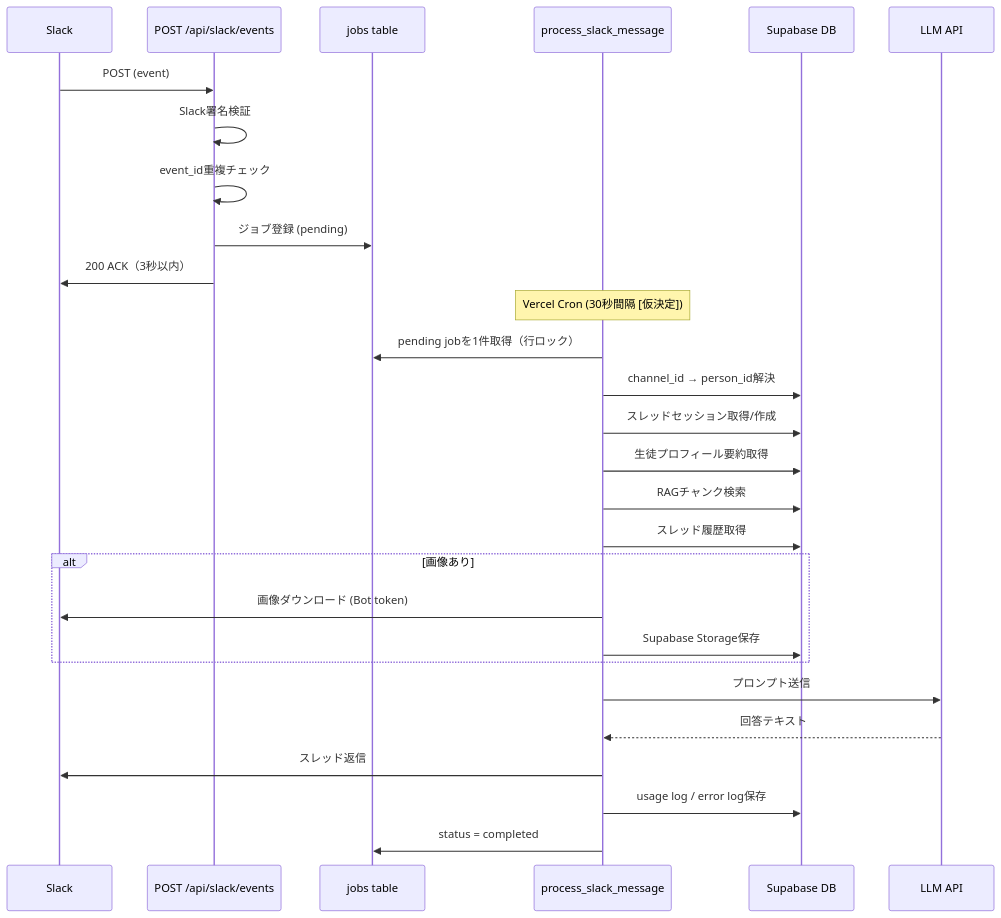
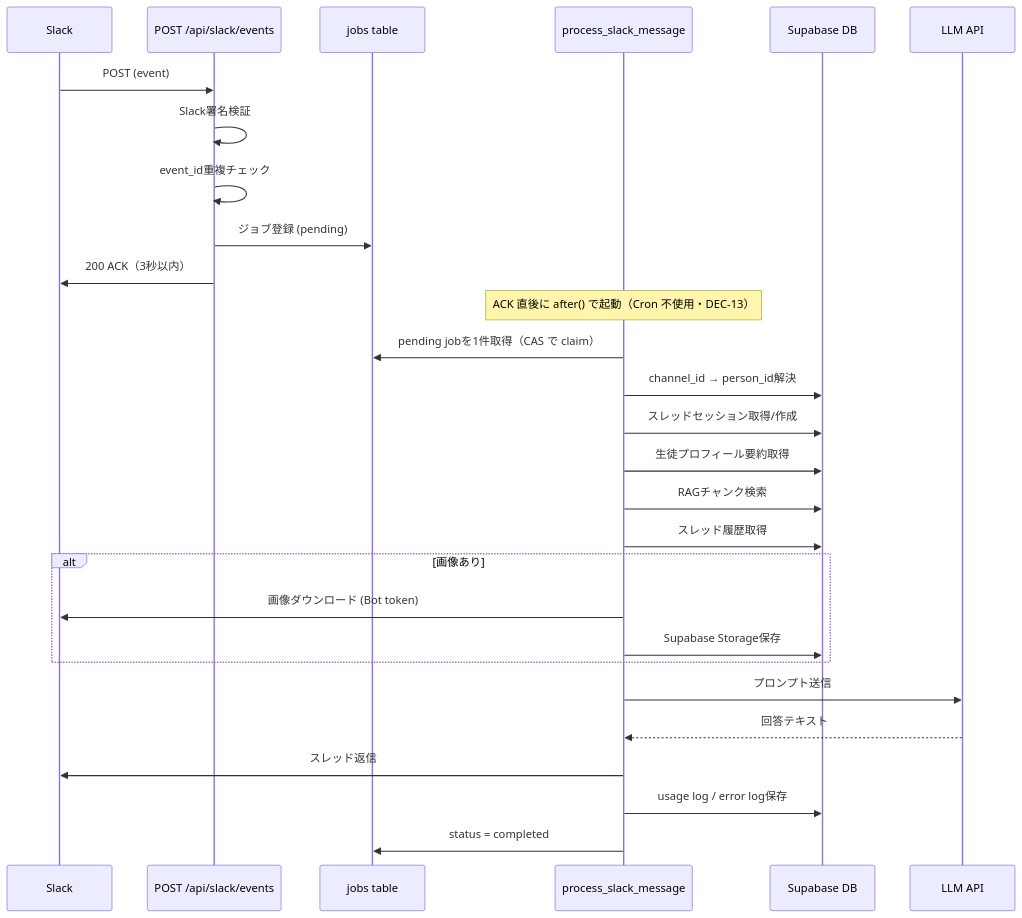
One commit to YU-Kawasaki-05/juku-ai-slack changed the second of 2 diagrams in docs/03_技術設計/01_アーキテクチャ.md. Above: the diagram before and after it, drawn with Mermaid. The commit also changed other lines of this file and 83 other files, not shown here.

````diff
--- a/docs/03_技術設計/01_アーキテクチャ.md
+++ b/docs/03_技術設計/01_アーキテクチャ.md
@@ -110,32 +110,32 @@
 ```mermaid
 sequenceDiagram
     participant Slack
     participant Webhook as POST /api/slack/events
     participant Jobs as jobs table
     participant Worker as process_slack_message
     participant DB as Supabase DB
     participant LLM as LLM API
 
     Slack->>Webhook: POST (event)
     Webhook->>Webhook: Slack署名検証
     Webhook->>Webhook: event_id重複チェック
     Webhook->>Jobs: ジョブ登録 (pending)
     Webhook->>Slack: 200 ACK（3秒以内）
 
-    Note over Worker: Vercel Cron (30秒間隔 [仮決定])
-    Worker->>Jobs: pending jobを1件取得（行ロック）
+    Note over Worker: ACK 直後に after() で起動（Cron 不使用・DEC-13）
+    Worker->>Jobs: pending jobを1件取得（CAS で claim）
     Worker->>DB: channel_id → person_id解決
     Worker->>DB: スレッドセッション取得/作成
     Worker->>DB: 生徒プロフィール要約取得
     Worker->>DB: RAGチャンク検索
     Worker->>DB: スレッド履歴取得
     alt 画像あり
         Worker->>Slack: 画像ダウンロード (Bot token)
         Worker->>DB: Supabase Storage保存
     end
     Worker->>LLM: プロンプト送信
     LLM-->>Worker: 回答テキスト
     Worker->>Slack: スレッド返信
     Worker->>DB: usage log / error log保存
     Worker->>Jobs: status = completed
 ```
````
